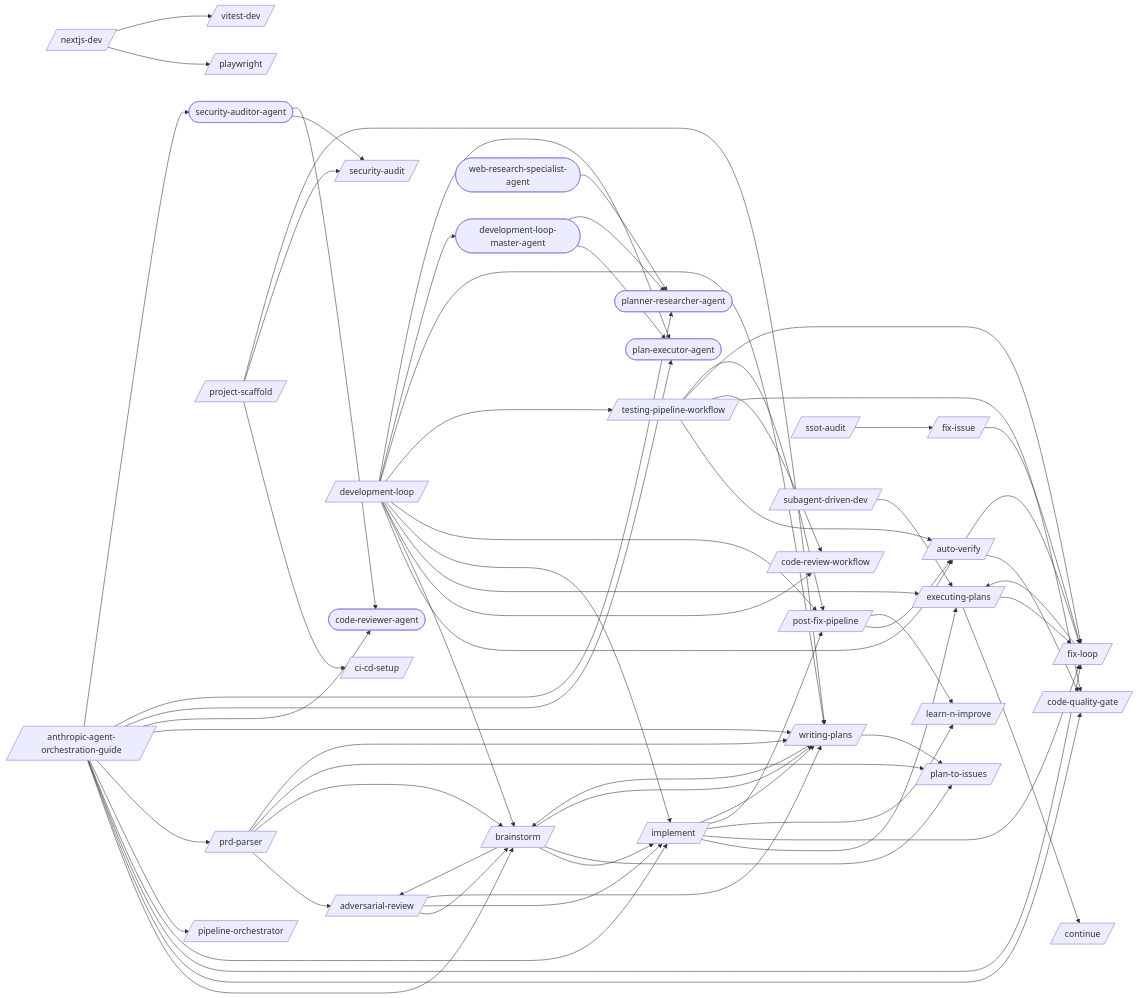
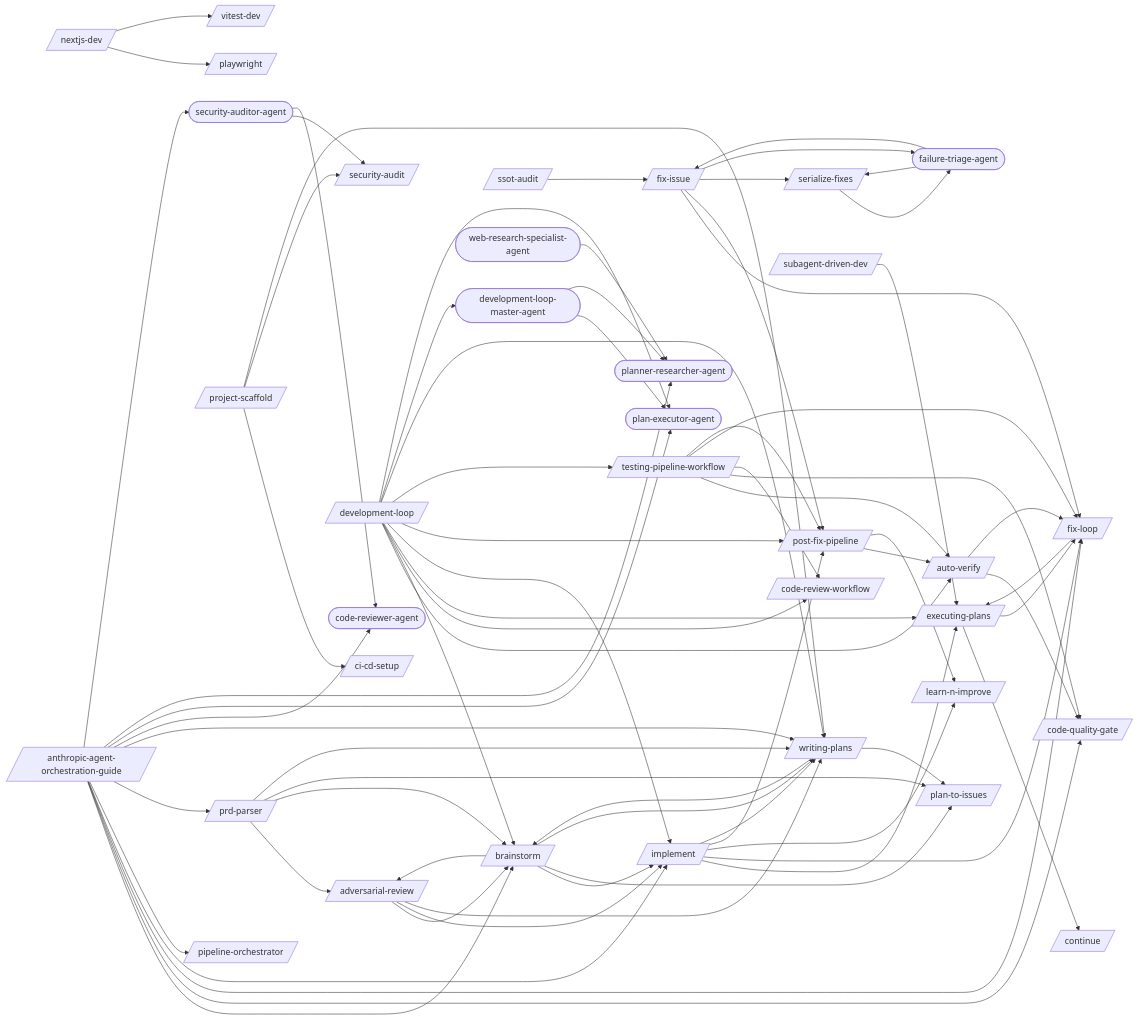
The first of 38 diagrams in docs/workflows/development-loop.md (abhayla/claude-best-practices), drawn with Mermaid before and after one commit. The commit also changed other lines of this file and 12 other files, not shown here.

```diff
--- a/docs/workflows/development-loop.md
+++ b/docs/workflows/development-loop.md
@@ -30,6 +30,7 @@
     prd_parser[/prd-parser/]
     project_scaffold[/project-scaffold/]
     security_audit[/security-audit/]
+    serialize_fixes[/serialize-fixes/]
     ssot_audit[/ssot-audit/]
     subagent_driven_dev[/subagent-driven-dev/]
     testing_pipeline_workflow[/testing-pipeline-workflow/]
@@ -37,6 +38,7 @@
     writing_plans[/writing-plans/]
     code_reviewer_agent([code-reviewer-agent])
     development_loop_master_agent([development-loop-master-agent])
+    failure_triage_agent([failure-triage-agent])
     plan_executor_agent([plan-executor-agent])
     planner_researcher_agent([planner-researcher-agent])
     security_auditor_agent([security-auditor-agent])
@@ -74,6 +76,9 @@
     executing_plans --> continue
     executing_plans --> fix_loop
     fix_issue --> fix_loop
+    fix_issue --> post_fix_pipeline
+    fix_issue --> serialize_fixes
+    fix_issue --> failure_triage_agent
     fix_loop --> executing_plans
     implement --> executing_plans
     implement --> fix_loop
@@ -91,6 +96,7 @@
     project_scaffold --> ci_cd_setup
     project_scaffold --> security_audit
     project_scaffold --> writing_plans
+    serialize_fixes --> failure_triage_agent
     ssot_audit --> fix_issue
     subagent_driven_dev --> executing_plans
     testing_pipeline_workflow --> auto_verify
@@ -102,6 +108,8 @@
     writing_plans --> plan_to_issues
     development_loop_master_agent --> plan_executor_agent
     development_loop_master_agent --> planner_researcher_agent
+    failure_triage_agent --> fix_issue
+    failure_triage_agent --> serialize_fixes
     security_auditor_agent --> security_audit
     security_auditor_agent --> code_reviewer_agent
     web_research_specialist_agent --> planner_researcher_agent
```
